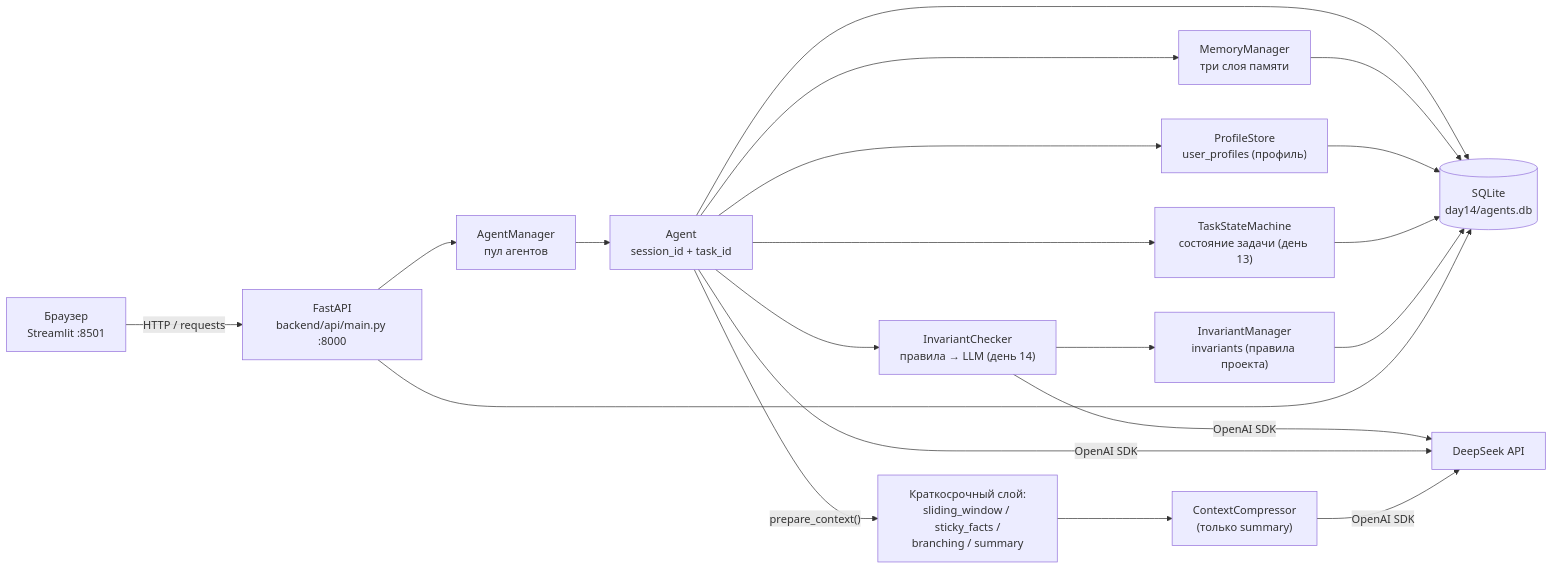
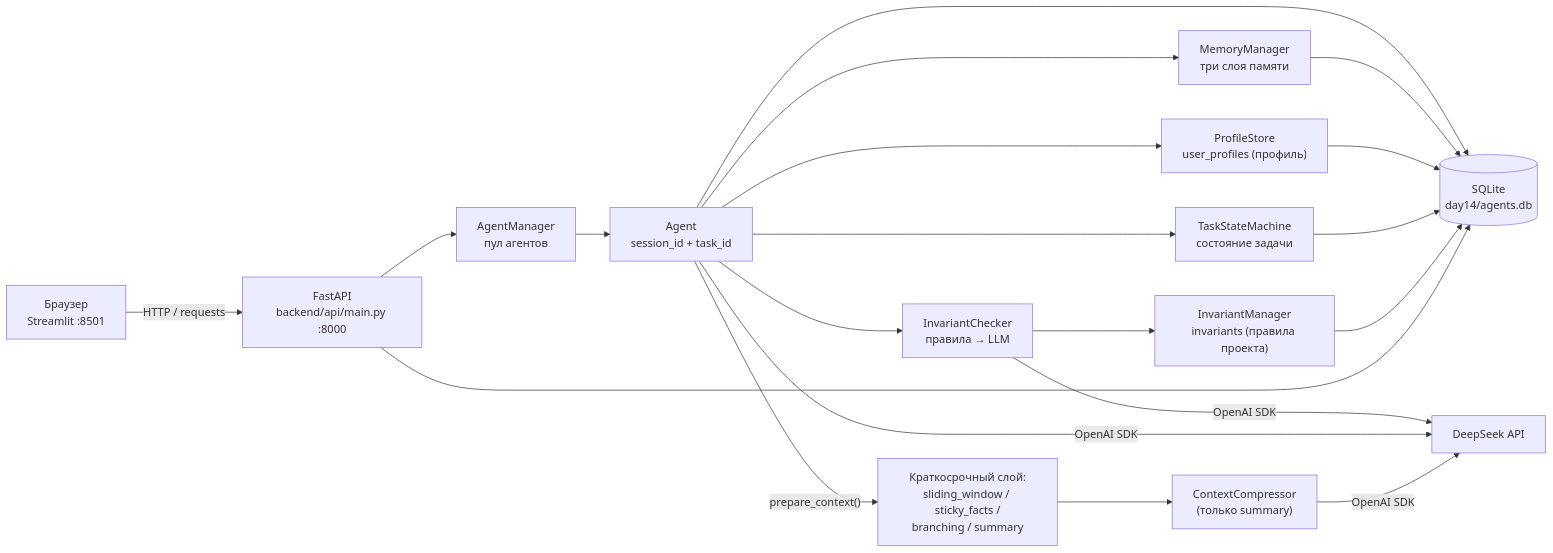
The first of 2 diagrams in day14/docs/architecture.md (ilushkius/ai-advent-challenge), drawn with Mermaid before and after one commit. The commit also changed other lines of this file and 4 other files, not shown here.

````diff
--- a/day14/docs/architecture.md
+++ b/day14/docs/architecture.md
@@ -71,22 +46,22 @@
 ```mermaid
 flowchart LR
     U["Браузер<br/>Streamlit :8501"] -->|HTTP / requests| A["FastAPI<br/>backend/api/main.py :8000"]
     A --> M["AgentManager<br/>пул агентов"]
     M --> AG["Agent<br/>session_id + task_id"]
     AG --> MM["MemoryManager<br/>три слоя памяти"]
     AG --> PS["ProfileStore<br/>user_profiles (профиль)"]
-    AG --> TS["TaskStateMachine<br/>состояние задачи (день 13)"]
-    AG --> IC["InvariantChecker<br/>правила → LLM (день 14)"]
+    AG --> TS["TaskStateMachine<br/>состояние задачи"]
+    AG --> IC["InvariantChecker<br/>правила → LLM"]
     IC --> IM["InvariantManager<br/>invariants (правила проекта)"]
     IC -->|OpenAI SDK| D
     AG -->|"prepare_context()"| S["Краткосрочный слой:<br/>sliding_window / sticky_facts /<br/>branching / summary"]
     S --> CP["ContextCompressor<br/>(только summary)"]
     AG -->|OpenAI SDK| D["DeepSeek API"]
     CP -->|OpenAI SDK| D
     AG --> DB[("SQLite<br/>day14/agents.db")]
     MM --> DB
     PS --> DB
     TS --> DB
     IM --> DB
     A --> DB
 ```
````
